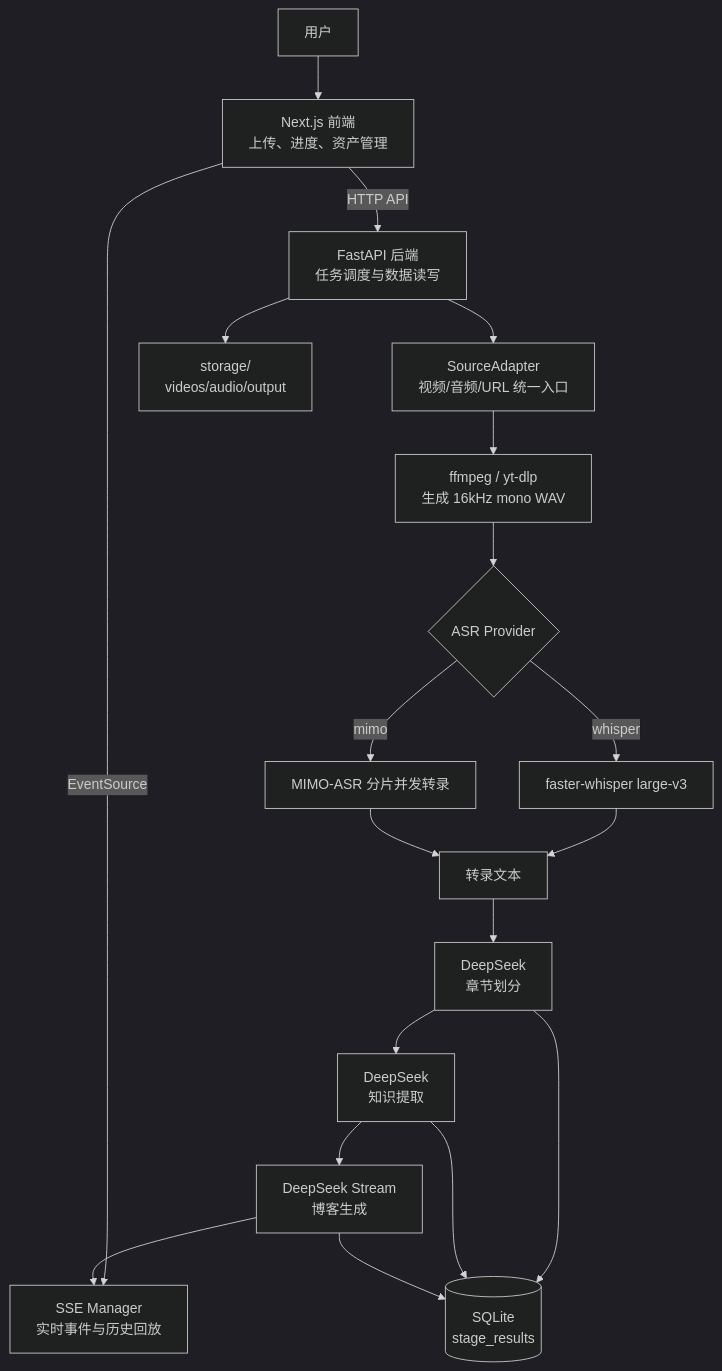
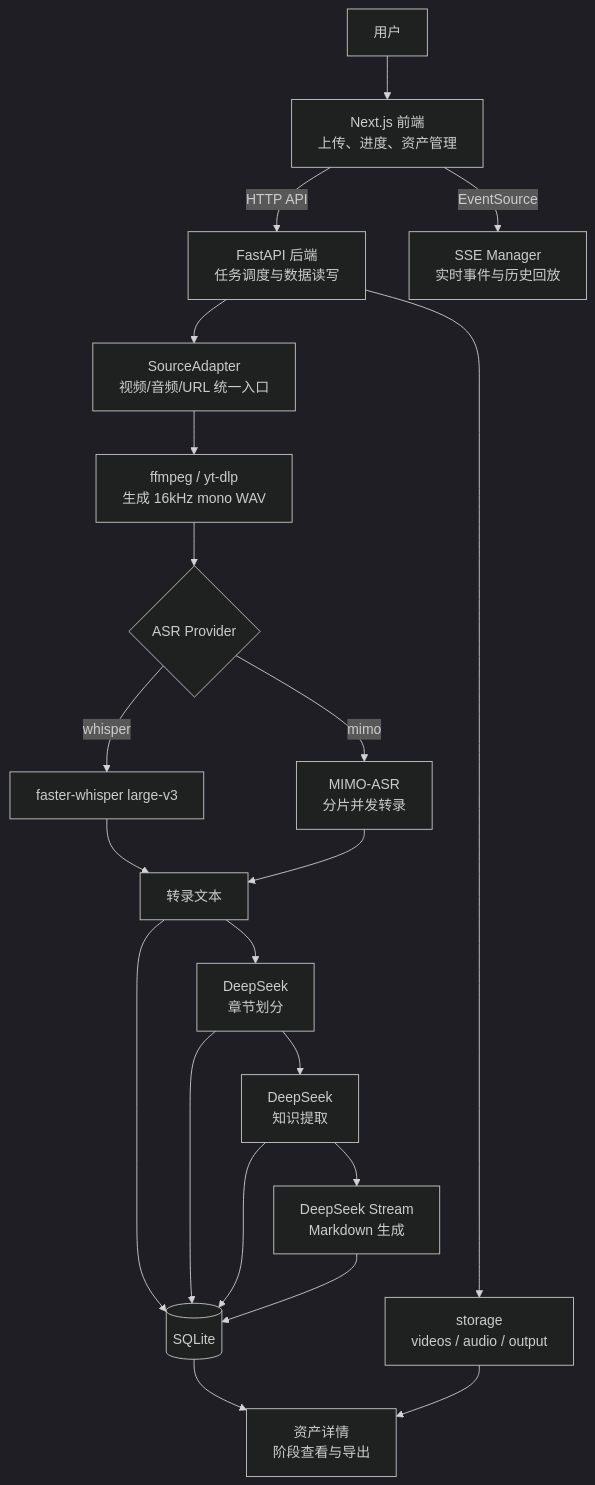
The first of 4 diagrams in README.md (guyue356/Video2Knowledge), drawn with Mermaid (dark theme) before and after one commit. The commit also changed other lines of this file and 5 other files, not shown here.

````diff
--- a/README.md
+++ b/README.md
@@ -191,24 +181,26 @@
 ```mermaid
 flowchart TD
     User["用户"] --> Frontend["Next.js 前端<br/>上传、进度、资产管理"]
     Frontend -->|"HTTP API"| API["FastAPI 后端<br/>任务调度与数据读写"]
     Frontend -->|"EventSource"| SSE["SSE Manager<br/>实时事件与历史回放"]
 
     API --> Source["SourceAdapter<br/>视频/音频/URL 统一入口"]
-    Source --> FFMPEG["ffmpeg / yt-dlp<br/>生成 16kHz mono WAV"]
-    FFMPEG --> ASR{"ASR Provider"}
+    Source --> Media["ffmpeg / yt-dlp<br/>生成 16kHz mono WAV"]
+    Media --> ASR{"ASR Provider"}
     ASR -->|"whisper"| Whisper["faster-whisper large-v3"]
-    ASR -->|"mimo"| Mimo["MIMO-ASR 分片并发转录"]
+    ASR -->|"mimo"| Mimo["MIMO-ASR<br/>分片并发转录"]
 
     Whisper --> Transcript["转录文本"]
     Mimo --> Transcript
     Transcript --> Chapters["DeepSeek<br/>章节划分"]
     Chapters --> Knowledge["DeepSeek<br/>知识提取"]
-    Knowledge --> Blog["DeepSeek Stream<br/>博客生成"]
+    Knowledge --> Blog["DeepSeek Stream<br/>Markdown 生成"]
 
-    Blog --> SSE
-    Chapters --> DB[(SQLite<br/>stage_results)]
+    Transcript --> DB[(SQLite)]
+    Chapters --> DB
     Knowledge --> DB
     Blog --> DB
-    API --> Files["storage/<br/>videos/audio/output"]
+    API --> Files["storage<br/>videos / audio / output"]
+    DB --> Assets["资产详情<br/>阶段查看与导出"]
+    Files --> Assets
 ```
````
